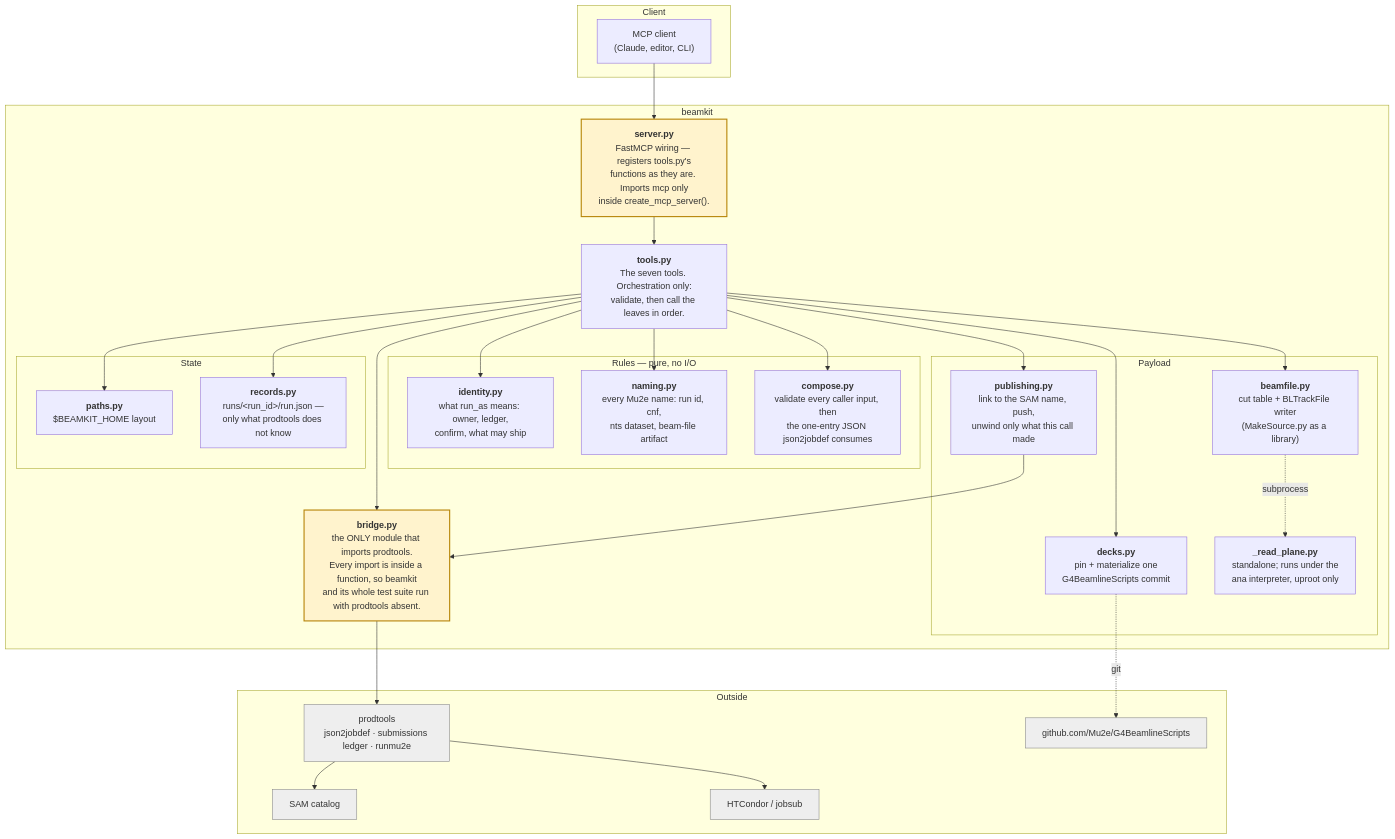
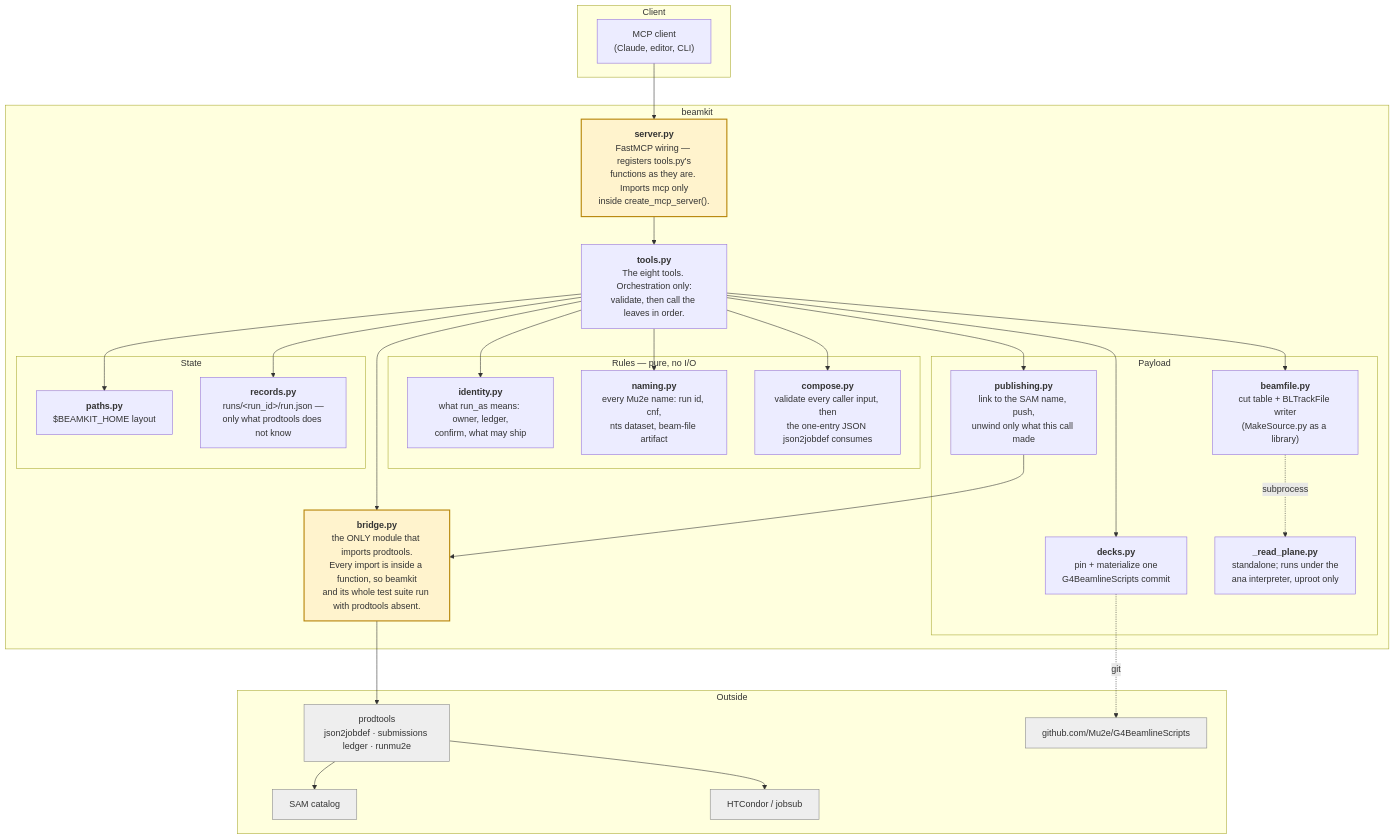
One commit to oksuzian/beamkit changed the first of 4 diagrams in docs/architecture.md. Above: the diagram before and after it, drawn with Mermaid. The commit also changed 3 other files, not shown here.

````diff
--- a/docs/architecture.md
+++ b/docs/architecture.md
@@ -16,52 +16,52 @@
 ```mermaid
 graph TB
     subgraph clients["Client"]
         MCP["MCP client<br/>(Claude, editor, CLI)"]
     end
 
     subgraph beamkit["beamkit"]
         SRV["<b>server.py</b><br/>FastMCP wiring — registers tools.py's<br/>functions as they are. Imports mcp only<br/>inside create_mcp_server()."]
-        TOOLS["<b>tools.py</b><br/>The seven tools. Orchestration only:<br/>validate, then call the leaves in order."]
+        TOOLS["<b>tools.py</b><br/>The eight tools. Orchestration only:<br/>validate, then call the leaves in order."]
 
         subgraph rules["Rules — pure, no I/O"]
             IDN["<b>identity.py</b><br/>what run_as means: owner, ledger,<br/>confirm, what may ship"]
             NAM["<b>naming.py</b><br/>every Mu2e name: run id, cnf,<br/>nts dataset, beam-file artifact"]
             CMP["<b>compose.py</b><br/>validate every caller input, then<br/>the one-entry JSON json2jobdef consumes"]
         end
 
         subgraph payload["Payload"]
             DEK["<b>decks.py</b><br/>pin + materialize one<br/>G4BeamlineScripts commit"]
             BF["<b>beamfile.py</b><br/>cut table + BLTrackFile writer<br/>(MakeSource.py as a library)"]
             PUB["<b>publishing.py</b><br/>link to the SAM name, push,<br/>unwind only what this call made"]
             RP["<b>_read_plane.py</b><br/>standalone; runs under the<br/>ana interpreter, uproot only"]
         end
 
         subgraph store["State"]
             PTH["<b>paths.py</b><br/>$BEAMKIT_HOME layout"]
             REC["<b>records.py</b><br/>runs/&lt;run_id&gt;/run.json —<br/>only what prodtools does not know"]
         end
 
         BRG["<b>bridge.py</b><br/>the ONLY module that imports prodtools.<br/>Every import is inside a function, so beamkit<br/>and its whole test suite run with prodtools absent."]
     end
 
     subgraph ext["Outside"]
         PT["prodtools<br/>json2jobdef · submissions ledger · runmu2e"]
         SAM["SAM catalog"]
         GRID["HTCondor / jobsub"]
         GIT["github.com/Mu2e/G4BeamlineScripts"]
     end
 
     MCP --> SRV --> TOOLS
     TOOLS --> IDN & NAM & CMP & DEK & BF & PUB & REC & PTH
     TOOLS --> BRG
     PUB --> BRG
     BF -.->|subprocess| RP
     DEK -.->|git| GIT
     BRG --> PT
     PT --> SAM & GRID
 
     classDef boundary fill:#fff3cd,stroke:#b8860b,stroke-width:2px
     classDef external fill:#eee,stroke:#888
     class SRV,BRG boundary
     class PT,SAM,GRID,GIT external
 ```
````
